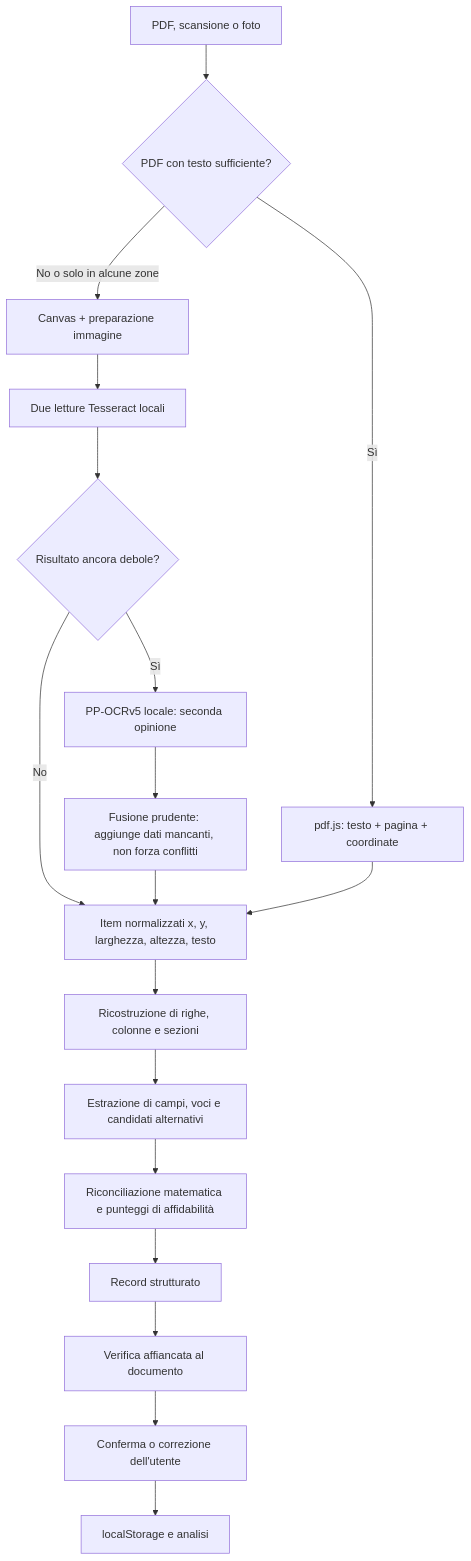
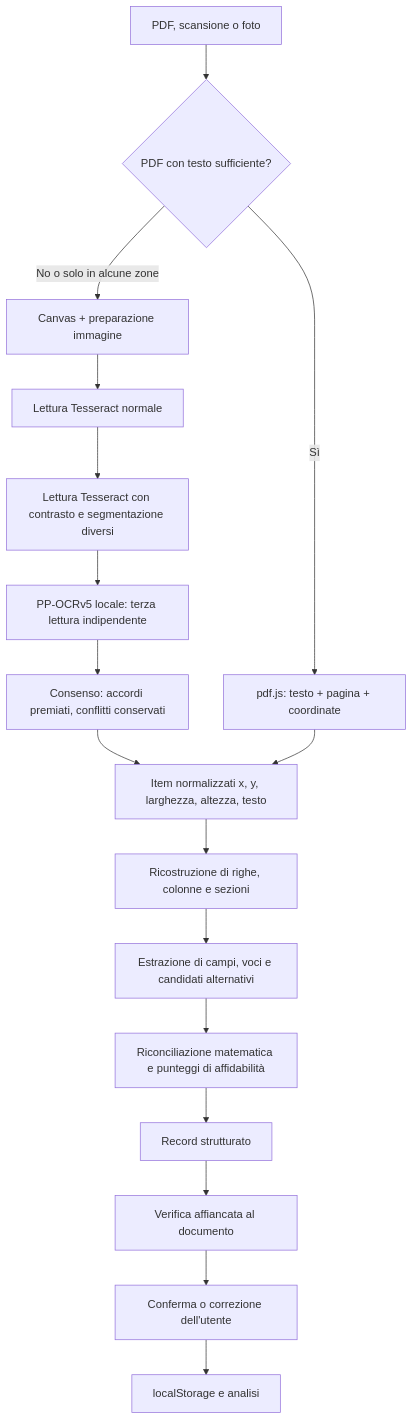
The diagram in README.md (MarvinBonazzo/bustachiara), drawn with Mermaid before and after one commit. The commit also changed other lines of this file and 11 other files, not shown here.

````diff
--- a/README.md
+++ b/README.md
@@ -435,20 +441,19 @@
 ```mermaid
 flowchart TD
     A["PDF, scansione o foto"] --> B{"PDF con testo sufficiente?"}
     B -->|Sì| C["pdf.js: testo + pagina + coordinate"]
     B -->|No o solo in alcune zone| D["Canvas + preparazione immagine"]
-    D --> E["Due letture Tesseract locali"]
-    E --> Q{"Risultato ancora debole?"}
-    Q -->|Sì| R["PP-OCRv5 locale: seconda opinione"]
-    Q -->|No| F
-    R --> S["Fusione prudente: aggiunge dati mancanti, non forza conflitti"]
+    D --> E["Lettura Tesseract normale"]
+    E --> Q["Lettura Tesseract con contrasto e segmentazione diversi"]
+    Q --> R["PP-OCRv5 locale: terza lettura indipendente"]
+    R --> S["Consenso: accordi premiati, conflitti conservati"]
     S --> F
     C --> F["Item normalizzati x, y, larghezza, altezza, testo"]
     F --> G["Ricostruzione di righe, colonne e sezioni"]
     G --> H["Estrazione di campi, voci e candidati alternativi"]
     H --> I["Riconciliazione matematica e punteggi di affidabilità"]
     I --> J["Record strutturato"]
     J --> K["Verifica affiancata al documento"]
     K --> L["Conferma o correzione dell'utente"]
     L --> M["localStorage e analisi"]
 ```
````
